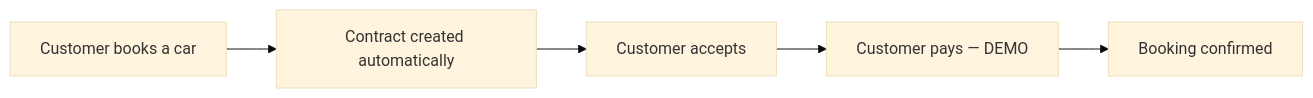
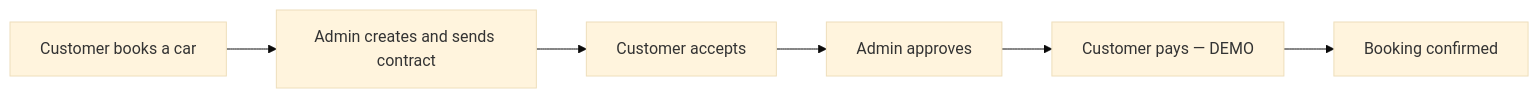
One commit to newn26/drive-dee changed the first of 6 diagrams in README.md. Above: the diagram before and after it, drawn with Mermaid (base theme). The commit also changed other lines of this file and 18 other files, not shown here.

First line of the commit message:
Revert "Merge pull request #10 from newn26/feat/customer-self-accept-contract"

````diff
--- a/README.md
+++ b/README.md
@@ -49,7 +49,8 @@
 ```mermaid
 flowchart LR
-  A[Customer books a car] --> B[Contract created automatically]
+  A[Customer books a car] --> B[Admin creates and sends contract]
   B --> C[Customer accepts]
-  C --> D[Customer pays — DEMO]
-  D --> E[Booking confirmed]
+  C --> D[Admin approves]
+  D --> E[Customer pays — DEMO]
+  E --> F[Booking confirmed]
 ```
````
